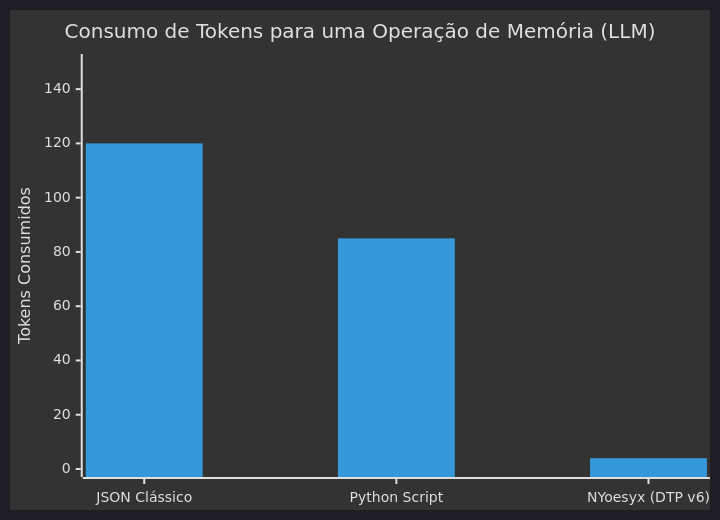
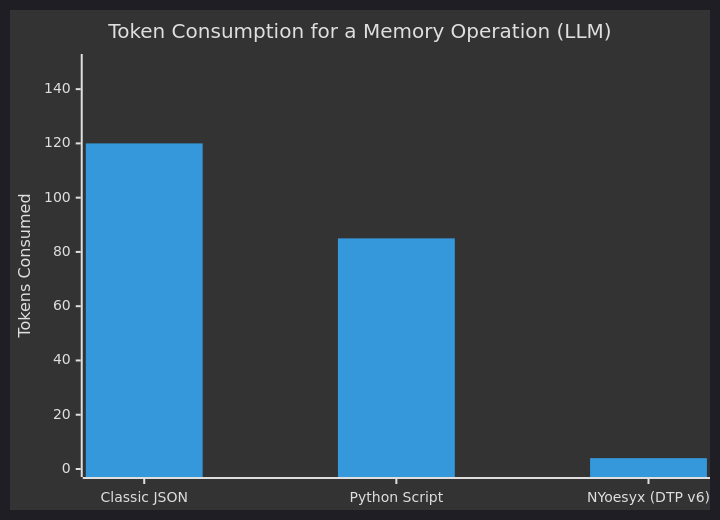
The first of 2 diagrams in README.md (mrxploud/nyoesyx), drawn with Mermaid before and after one commit. The commit also changed other lines of this file and 1 other file, not shown here.

````diff
--- a/README.md
+++ b/README.md
@@ -25,8 +26,8 @@
 ```mermaid
 %%{init: {'theme': 'dark'}}%%
 xychart-beta
-    title "Consumo de Tokens para uma Operação de Memória (LLM)"
-    x-axis ["JSON Clássico", "Python Script", "NYoesyx (DTP v6)"]
-    y-axis "Tokens Consumidos" 0 --> 150
+    title "Token Consumption for a Memory Operation (LLM)"
+    x-axis ["Classic JSON", "Python Script", "NYoesyx (DTP v6)"]
+    y-axis "Tokens Consumed" 0 --> 150
     bar [120, 85, 4]
 ```
````
